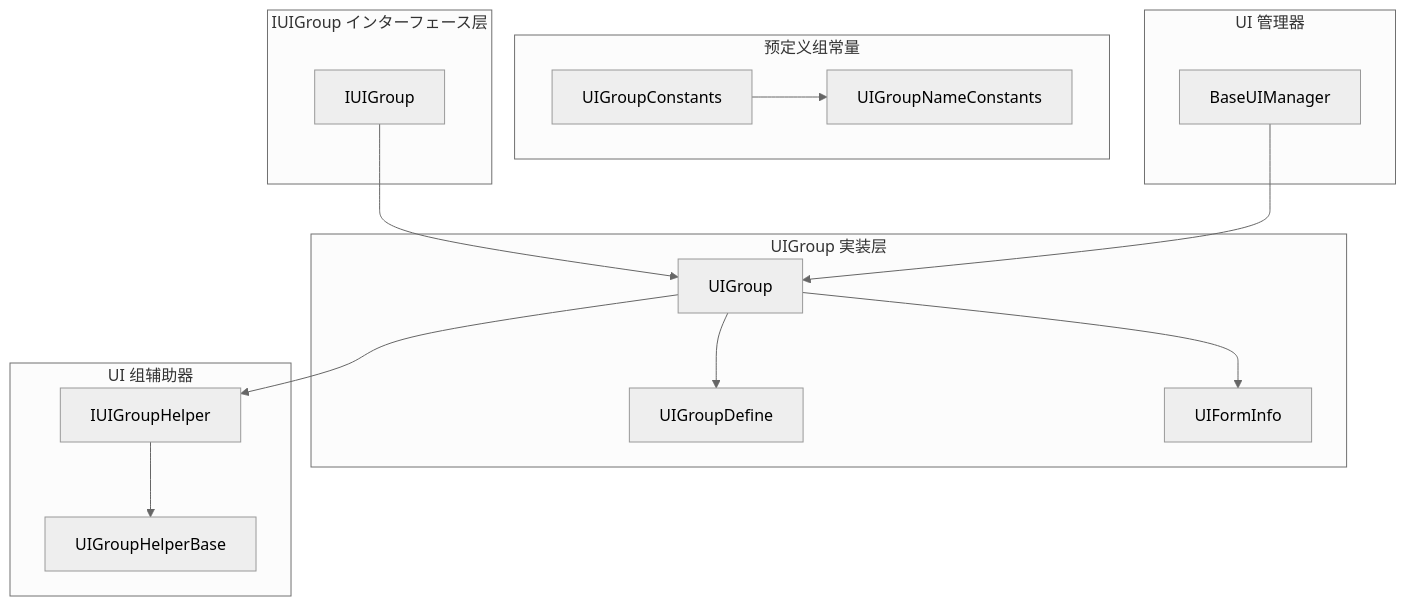
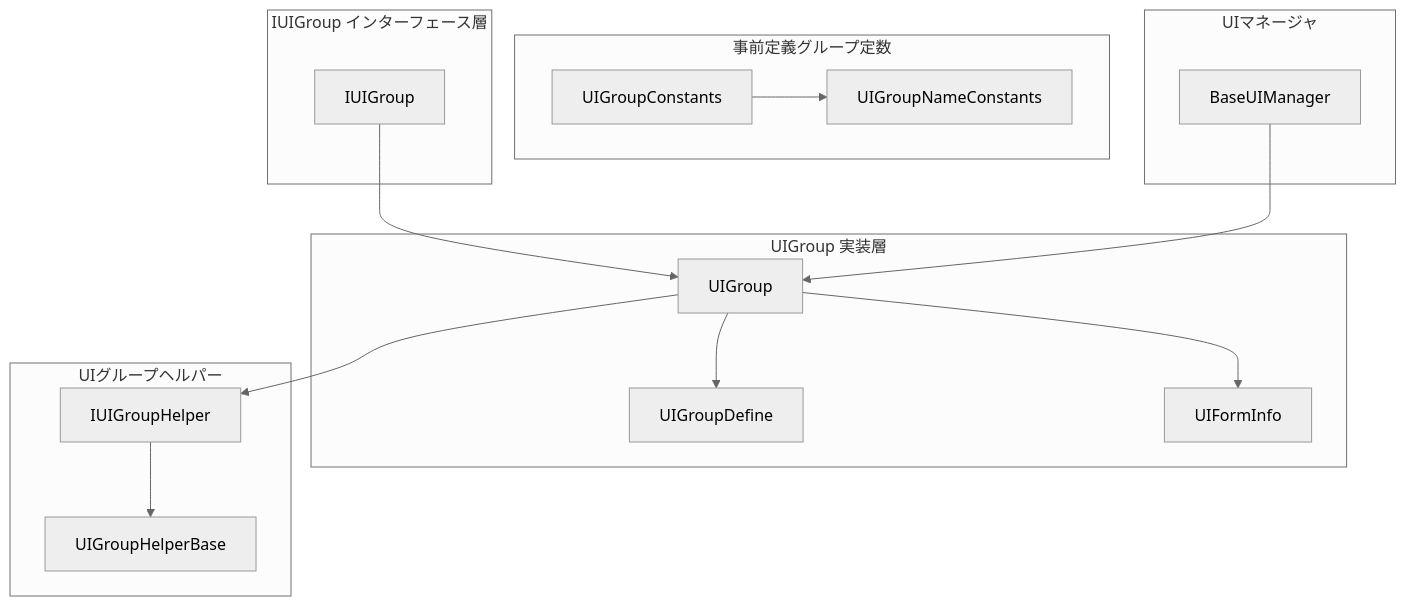
The first of 3 diagrams in docs/ja/client/unity/component/ui/10.ui-group-hierarchy.md (AlianBlank/GameFrameX.Docs), drawn with Mermaid (neutral theme) before and after one commit. The commit also changed other lines of this file and 320 other files, not shown here.

````diff
--- a/docs/ja/client/unity/component/ui/10.ui-group-hierarchy.md
+++ b/docs/ja/client/unity/component/ui/10.ui-group-hierarchy.md
@@ -27,34 +31,34 @@
 ```mermaid
 graph TD
-    subgraph IUIGroup["IUIGroup インターフェース层"]
+    subgraph IUIGroup["IUIGroup インターフェース層"]
         Interface[IUIGroup]
     end
 
-    subgraph UIGroupImpl["UIGroup 実装层"]
+    subgraph UIGroupImpl["UIGroup 実装層"]
         Impl[UIGroup]
         Define[UIGroupDefine]
         Info[UIFormInfo]
     end
 
-    subgraph UIGroupHelper["UI 组辅助器"]
+    subgraph UIGroupHelper["UIグループヘルパー"]
         HelperInt[IUIGroupHelper]
         HelperBase[UIGroupHelperBase]
     end
 
-    subgraph PredefinedGroups["预定义组常量"]
+    subgraph PredefinedGroups["事前定義グループ定数"]
         Constants[UIGroupConstants]
         Names[UIGroupNameConstants]
     end
 
-    subgraph IUIManager["UI 管理器"]
+    subgraph IUIManager["UIマネージャ"]
         Manager[BaseUIManager]
     end
 
     Interface --> Impl
     Impl --> Define
     Impl --> Info
     Impl --> HelperInt
     HelperInt --> HelperBase
     Manager --> Impl
     Constants --> Names
 ```
````
